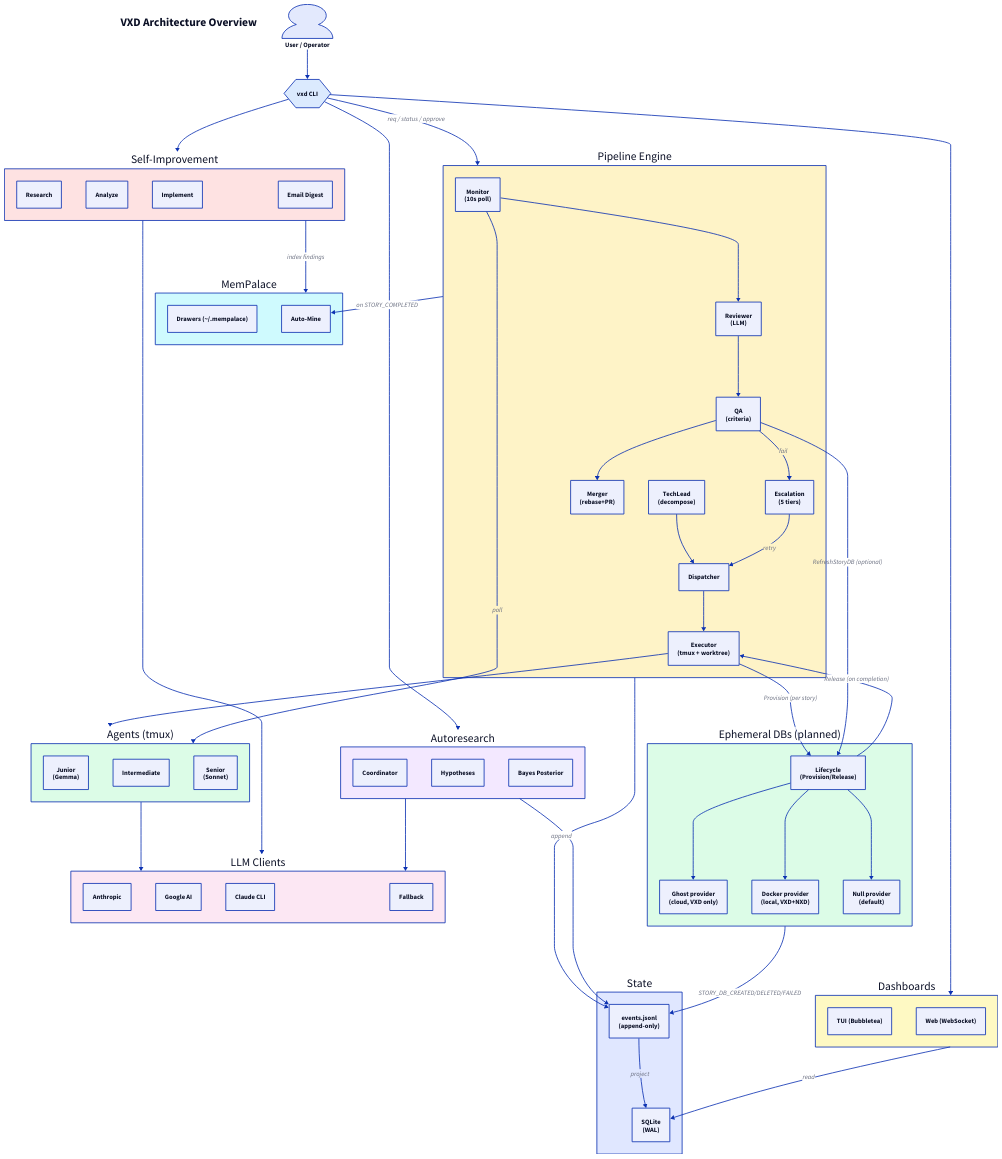
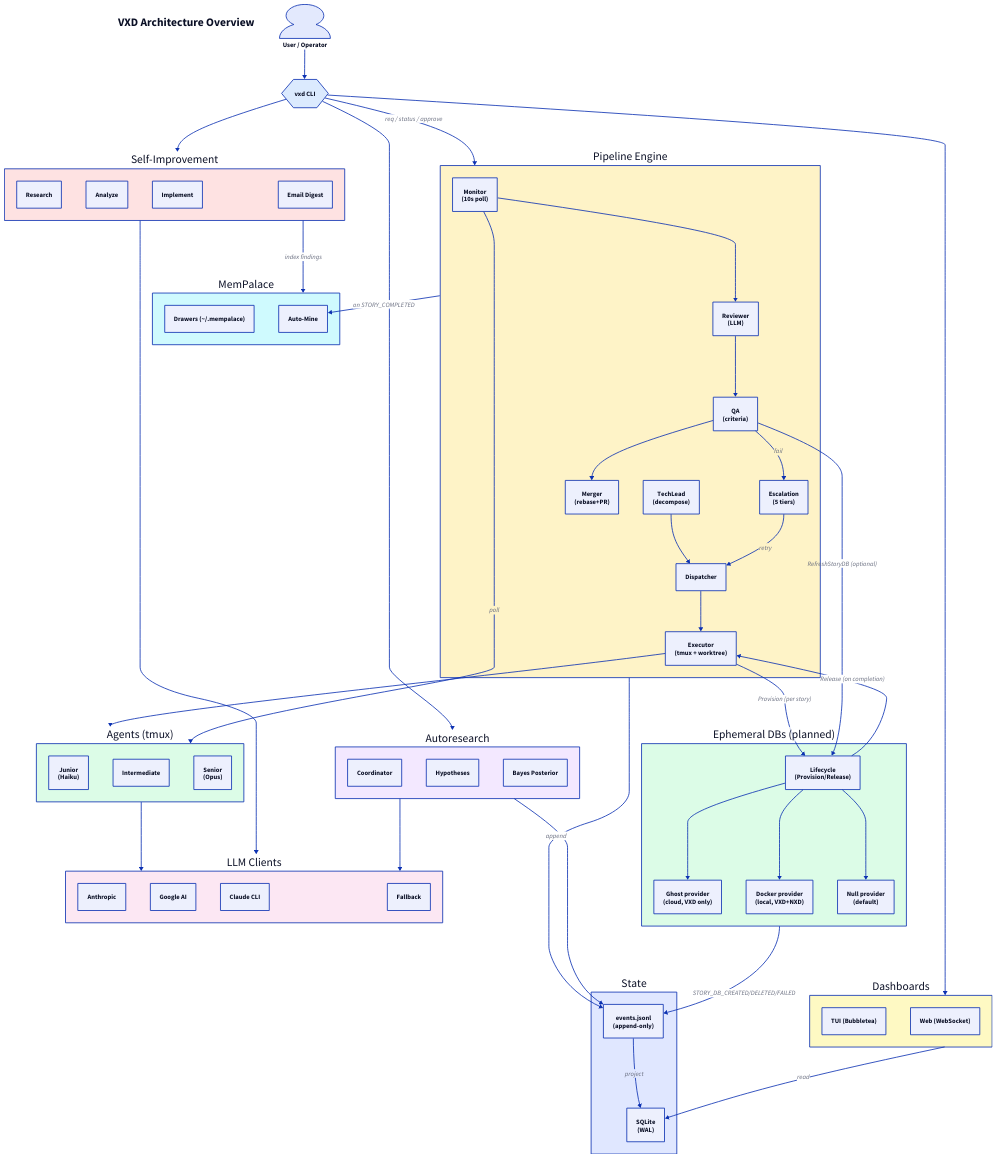
Before and after one commit to tzone85/vortex-dispatch: the diagram in docs/diagrams/arch-overview.d2, drawn with D2. The commit also changed 20 other files, not shown here.

```diff
--- a/docs/diagrams/arch-overview.d2
+++ b/docs/diagrams/arch-overview.d2
@@ -1,123 +1,123 @@
 direction: down
 
 title: VXD Architecture Overview {
   shape: text
   style.font-size: 28
   style.bold: true
 }
 
 user: User / Operator {
   shape: person
 }
 
 cli: vxd CLI {
   shape: hexagon
   style.fill: "#dbeafe"
 }
 
 engine: Pipeline Engine {
   style.fill: "#fef3c7"
   techlead: TechLead\n(decompose)
   dispatcher: Dispatcher
   executor: Executor\n(tmux + worktree)
   monitor: Monitor\n(10s poll)
   reviewer: Reviewer\n(LLM)
   qa: QA\n(criteria)
   merger: Merger\n(rebase+PR)
   escalation: Escalation\n(5 tiers)
 }
 
 state: State {
   style.fill: "#e0e7ff"
   events: events.jsonl\n(append-only)
   sqlite: SQLite\n(WAL)
 }
 
 llm: LLM Clients {
   style.fill: "#fce7f3"
   anthropic: Anthropic
   google: Google AI
   cli_client: Claude CLI
   fallback: Fallback
 }
 
 agents: Agents (tmux) {
   style.fill: "#dcfce7"
-  junior: Junior\n(Gemma)
+  junior: Junior\n(Haiku)
   intermediate: Intermediate
-  senior: Senior\n(Sonnet)
+  senior: Senior\n(Opus)
 }
 
 improve: Self-Improvement {
   style.fill: "#fee2e2"
   research: Research
   analyze: Analyze
   implement: Implement
   email: Email Digest
 }
 
 autoresearch: Autoresearch {
   style.fill: "#f3e8ff"
   coordinator: Coordinator
   hypotheses: Hypotheses
   bayes: Bayes Posterior
 }
 
 memory: MemPalace {
   style.fill: "#cffafe"
   drawers: Drawers (~/.mempalace)
   automine: Auto-Mine
 }
 
 dash: Dashboards {
   style.fill: "#fef9c3"
   tui: TUI (Bubbletea)
   web: Web (WebSocket)
 }
 
 devdb: Ephemeral DBs (planned) {
   style.fill: "#dcfce7"
   lifecycle: Lifecycle\n(Provision/Release)
   ghost: Ghost provider\n(cloud, VXD only)
   docker: Docker provider\n(local, VXD+NXD)
   null: Null provider\n(default)
 }
 
 user -> cli
 cli -> engine: req / status / approve
 cli -> dash
 cli -> improve
 cli -> autoresearch
 
 engine.techlead -> engine.dispatcher
 engine.dispatcher -> engine.executor
 engine.executor -> agents
 engine.monitor -> agents: poll
 engine.monitor -> engine.reviewer
 engine.reviewer -> engine.qa
 engine.qa -> engine.merger
 engine.qa -> engine.escalation: fail
 engine.escalation -> engine.dispatcher: retry
 
 engine -> state.events: append
 state.events -> state.sqlite: project
 
 agents -> llm
 
 improve -> llm
 improve -> memory: index findings
 
 autoresearch -> llm
 autoresearch -> state.events
 
 memory.automine <- engine: on STORY_COMPLETED
 
 dash -> state.sqlite: read
 
 engine.executor -> devdb.lifecycle: Provision (per story)
 engine.qa -> devdb.lifecycle: RefreshStoryDB (optional)
 engine.executor <- devdb.lifecycle: Release (on completion)
 devdb.lifecycle -> devdb.ghost
 devdb.lifecycle -> devdb.docker
 devdb.lifecycle -> devdb.null
 devdb -> state.events: STORY_DB_CREATED/DELETED/FAILED
```
